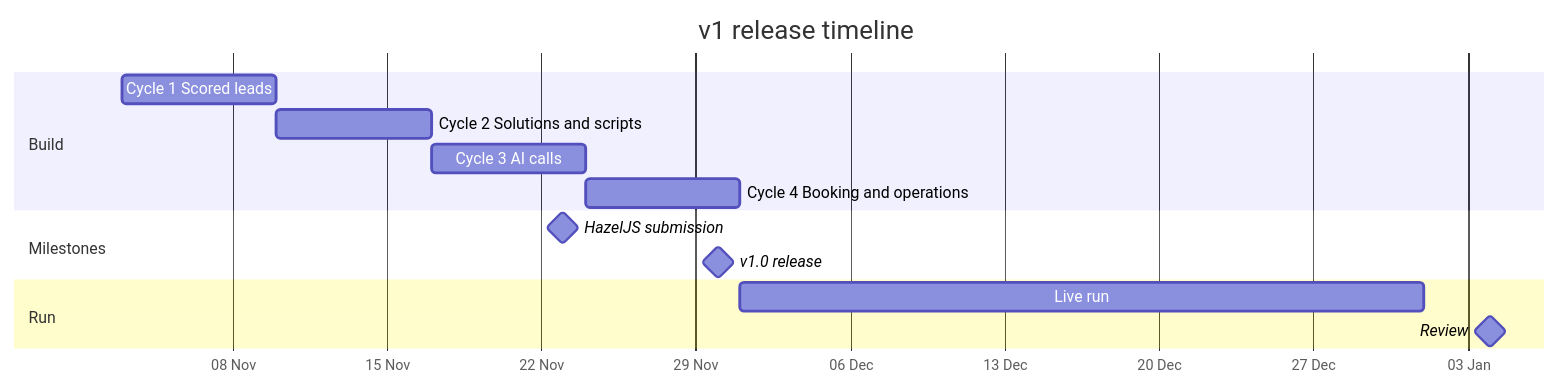
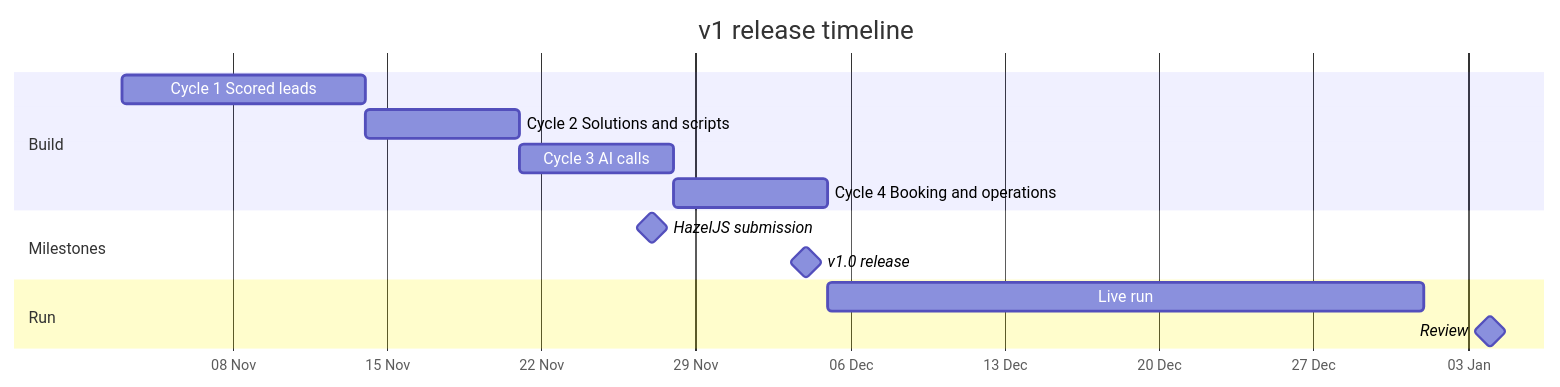
Before and after one commit to MuhammadFahad-offcl/voxflow-lead-engine: the third of 3 diagrams in docs/prd.md, drawn with Mermaid. The commit also changed other lines of this file and 9 other files, not shown here.

````diff
--- a/docs/prd.md
+++ b/docs/prd.md
@@ -392,17 +392,17 @@
 ```mermaid
 gantt
   title v1 release timeline
   dateFormat YYYY-MM-DD
   axisFormat %d %b
   section Build
-  Cycle 1 Scored leads            :c1, 2026-11-03, 7d
-  Cycle 2 Solutions and scripts   :c2, 2026-11-10, 7d
-  Cycle 3 AI calls                :c3, 2026-11-17, 7d
-  Cycle 4 Booking and operations  :c4, 2026-11-24, 7d
+  Cycle 1 Scored leads            :c1, 2026-11-03, 11d
+  Cycle 2 Solutions and scripts   :c2, 2026-11-14, 7d
+  Cycle 3 AI calls                :c3, 2026-11-21, 7d
+  Cycle 4 Booking and operations  :c4, 2026-11-28, 7d
   section Milestones
-  HazelJS submission              :milestone, m1, 2026-11-23, 0d
-  v1.0 release                    :milestone, m2, 2026-11-30, 0d
+  HazelJS submission              :milestone, m1, 2026-11-27, 0d
+  v1.0 release                    :milestone, m2, 2026-12-04, 0d
   section Run
-  Live run                        :live, 2026-12-01, 31d
+  Live run                        :live, 2026-12-05, 27d
   Review                          :milestone, m3, 2027-01-04, 0d
 ```
````
